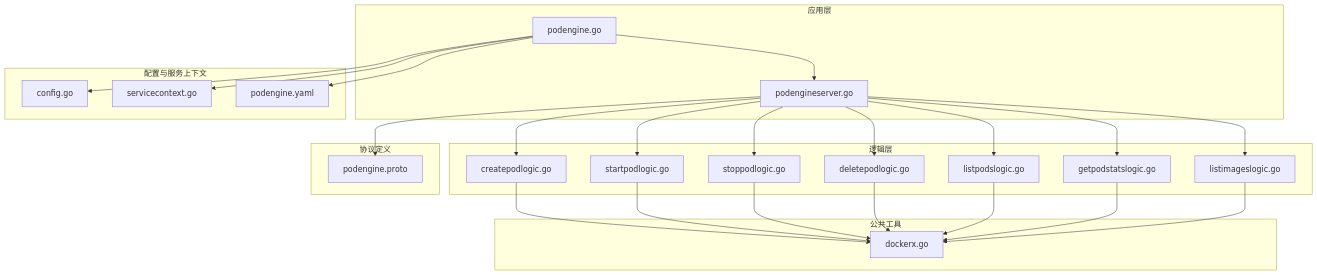
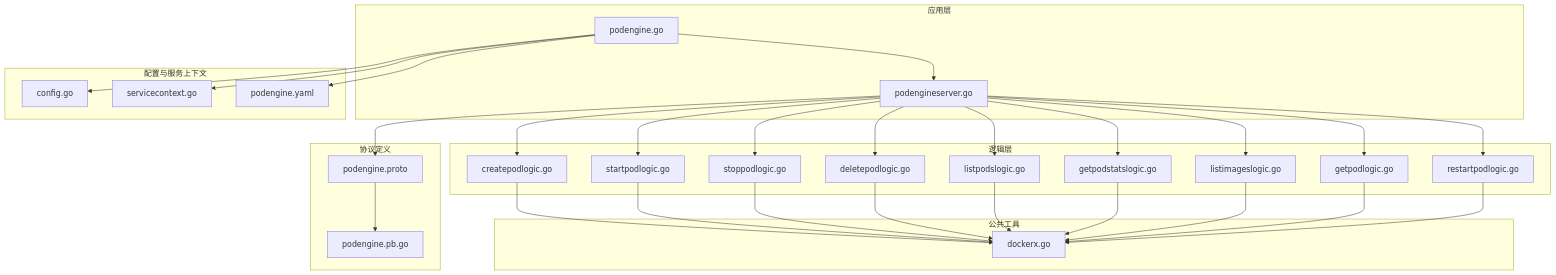
The first of 7 diagrams in .qoder/repowiki/zh/content/系统架构设计/微服务拆分设计/业务域服务/容器引擎服务.md (maomao94/zero-service), drawn with Mermaid before and after one commit. The commit also changed other lines of this file and 15 other files, not shown here.

````diff
--- a/.qoder/repowiki/zh/content/系统架构设计/微服务拆分设计/业务域服务/容器引擎服务.md
+++ b/.qoder/repowiki/zh/content/系统架构设计/微服务拆分设计/业务域服务/容器引擎服务.md
@@ -39,46 +51,54 @@
 ```mermaid
 graph TB
 subgraph "应用层"
 A[podengine.go]
 B[podengineserver.go]
 end
 subgraph "配置与服务上下文"
 C[config.go]
 D[servicecontext.go]
 E[podengine.yaml]
 end
 subgraph "逻辑层"
 L1[createpodlogic.go]
 L2[startpodlogic.go]
 L3[stoppodlogic.go]
 L4[deletepodlogic.go]
 L5[listpodslogic.go]
 L6[getpodstatslogic.go]
 L7[listimageslogic.go]
+L8[getpodlogic.go]
+L9[restartpodlogic.go]
 end
 subgraph "公共工具"
 U[dockerx.go]
 end
 subgraph "协议定义"
 P[podengine.proto]
+PB[podengine.pb.go]
 end
 A --> B
 A --> C
 A --> D
 B --> L1
 B --> L2
 B --> L3
 B --> L4
 B --> L5
 B --> L6
 B --> L7
+B --> L8
+B --> L9
 L1 --> U
 L2 --> U
 L3 --> U
 L4 --> U
 L5 --> U
 L6 --> U
 L7 --> U
+L8 --> U
+L9 --> U
 A --> E
 B --> P
+P --> PB
 ```
````
